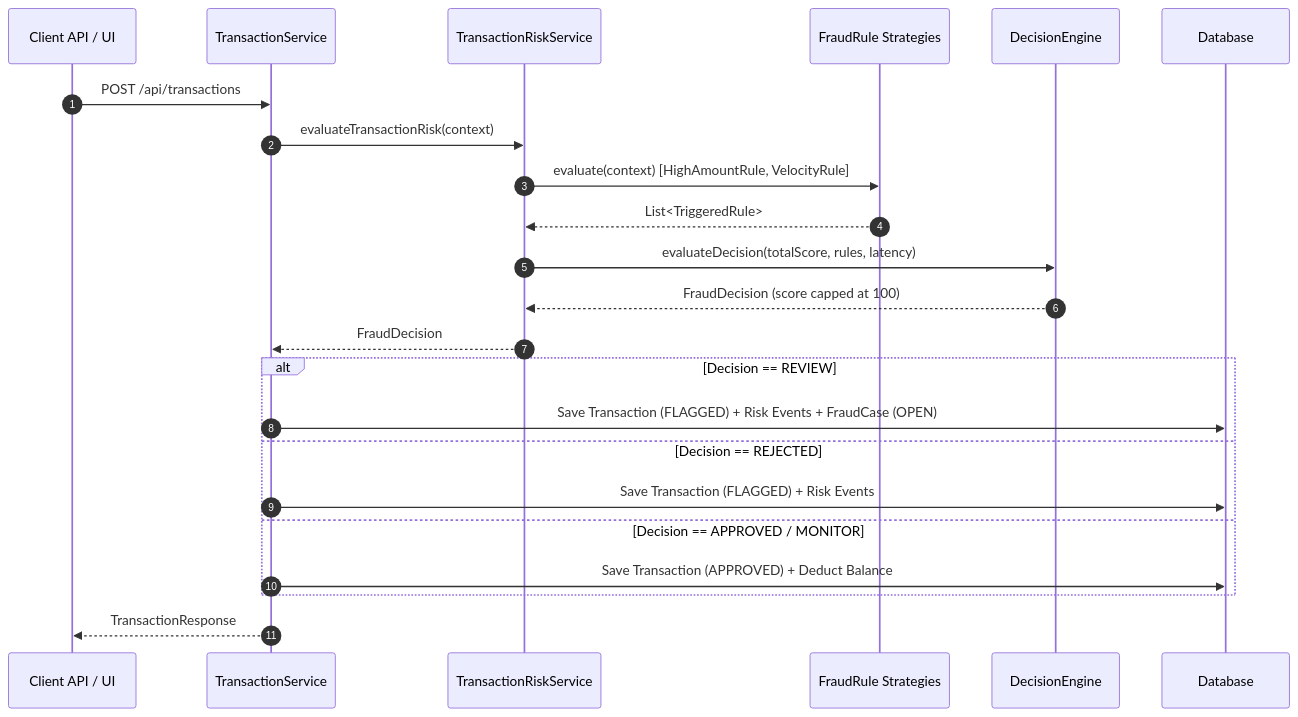
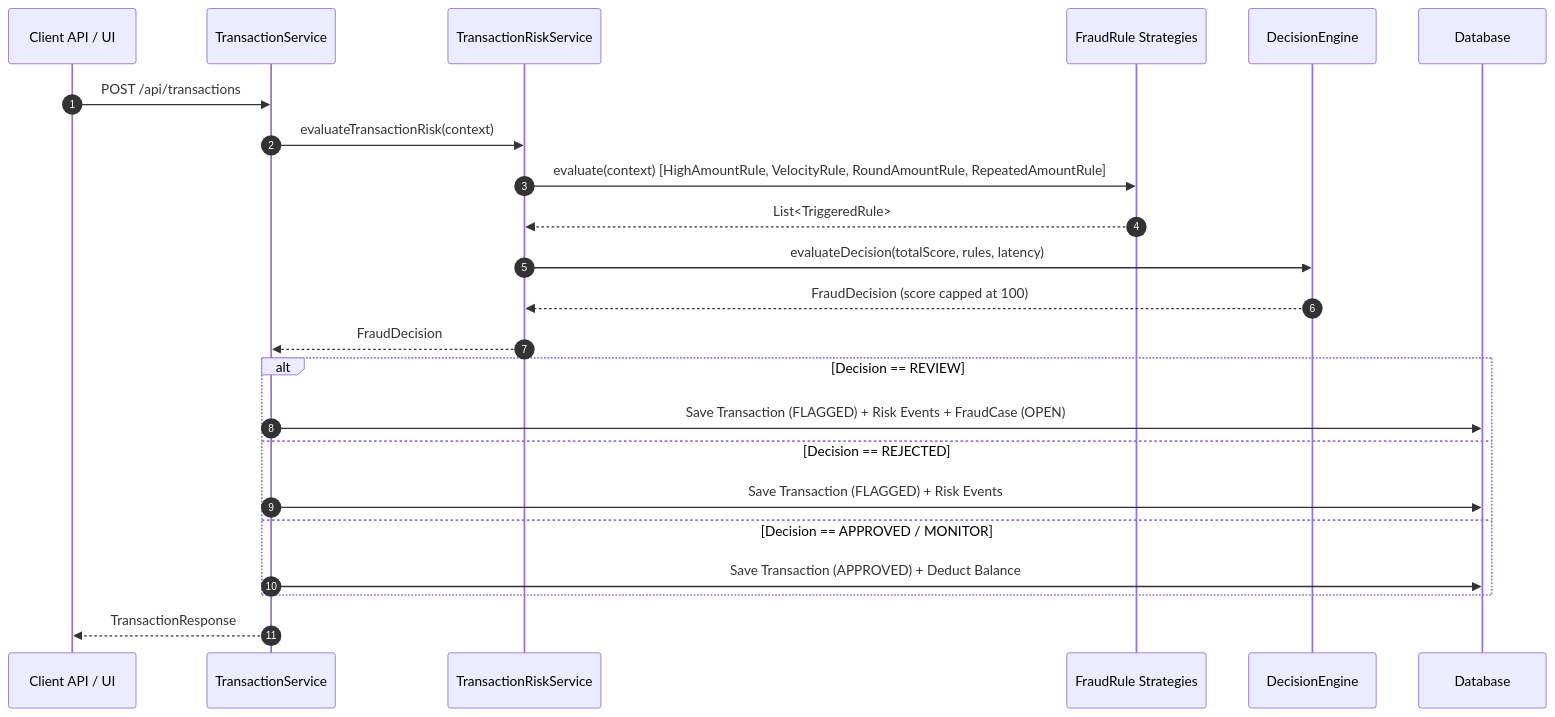
The second of 5 diagrams in docs/architecture.md (PrakashSh05/FraudDetection-Java), drawn with Mermaid before and after one commit. The commit also changed 2 other files, not shown here.

Commit message:
fix(test): update TransactionControllerIntegrationTest for 65pt FLAGGED status

````diff
--- a/docs/architecture.md
+++ b/docs/architecture.md
@@ -36,28 +36,28 @@
 ```mermaid
 sequenceDiagram
     autonumber
     participant Client as Client API / UI
     participant TxnService as TransactionService
     participant RiskService as TransactionRiskService
     participant RuleEngine as FraudRule Strategies
     participant DecisionEngine as DecisionEngine
     participant DB as Database
 
     Client->>TxnService: POST /api/transactions
     TxnService->>RiskService: evaluateTransactionRisk(context)
-    RiskService->>RuleEngine: evaluate(context) [HighAmountRule, VelocityRule]
+    RiskService->>RuleEngine: evaluate(context) [HighAmountRule, VelocityRule, RoundAmountRule, RepeatedAmountRule]
     RuleEngine-->>RiskService: List<TriggeredRule>
     RiskService->>DecisionEngine: evaluateDecision(totalScore, rules, latency)
     DecisionEngine-->>RiskService: FraudDecision (score capped at 100)
     RiskService-->>TxnService: FraudDecision
     
     alt Decision == REVIEW
         TxnService->>DB: Save Transaction (FLAGGED) + Risk Events + FraudCase (OPEN)
     else Decision == REJECTED
         TxnService->>DB: Save Transaction (FLAGGED) + Risk Events
     else Decision == APPROVED / MONITOR
         TxnService->>DB: Save Transaction (APPROVED) + Deduct Balance
     end
 
     TxnService-->>Client: TransactionResponse
 ```
````
